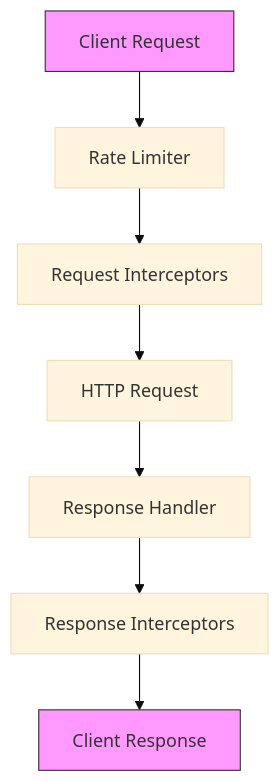
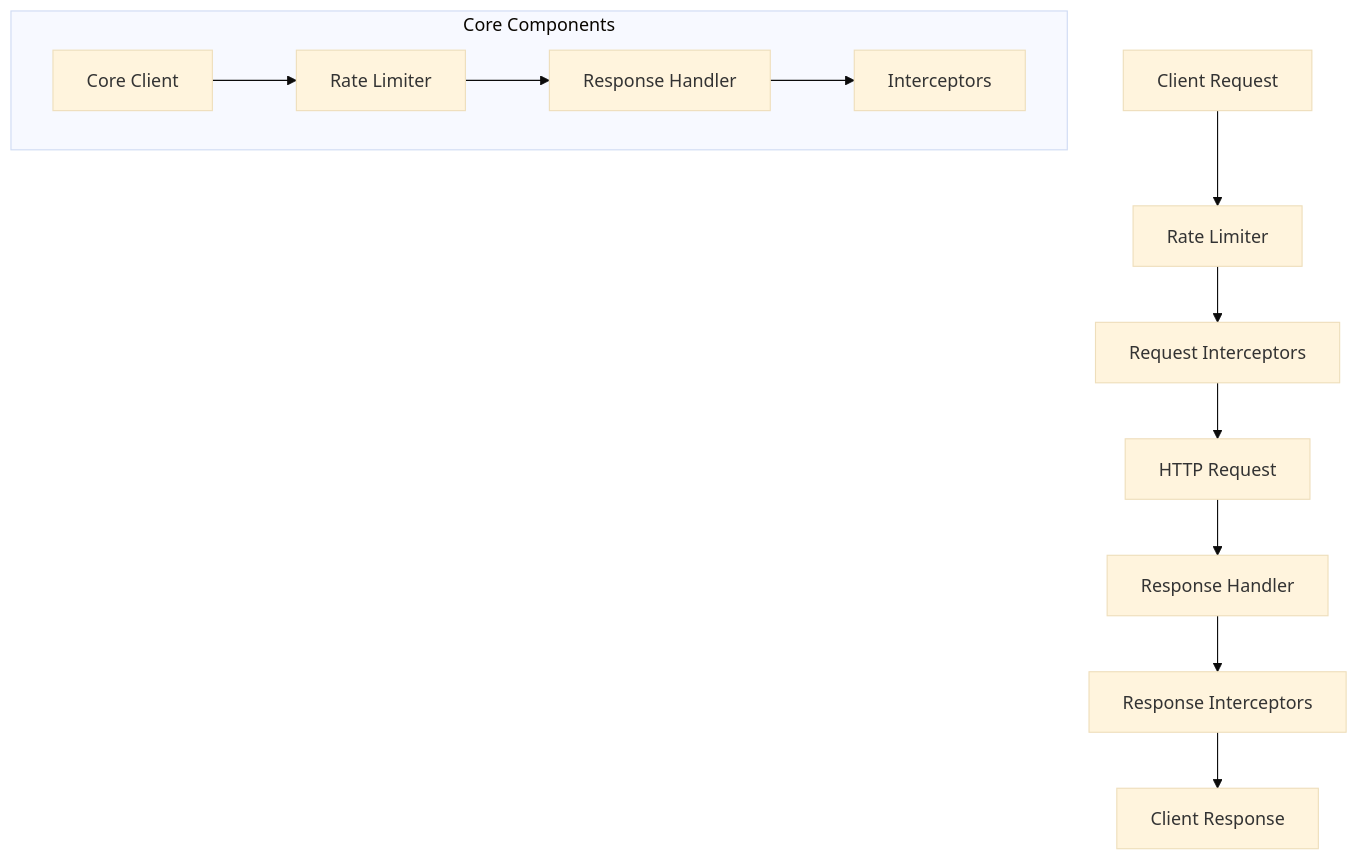
One commit to tonglam/letletme_data changed the first of 5 diagrams in documentation/design/HTTP_Client_Design.md. Above: the diagram before and after it, drawn with Mermaid (base theme). The commit also changed other lines of this file and 15 other files, not shown here.

````diff
--- a/documentation/design/HTTP_Client_Design.md
+++ b/documentation/design/HTTP_Client_Design.md
@@ -9,12 +28,20 @@
 ```mermaid
 graph TD
     A[Client Request] --> B[Rate Limiter]
     B --> C[Request Interceptors]
     C --> D[HTTP Request]
     D --> E[Response Handler]
     E --> F[Response Interceptors]
     F --> G[Client Response]
 
-    style A fill:#f9f,stroke:#333
-    style G fill:#f9f,stroke:#333
+    subgraph Core Components
+        H[Core Client]
+        I[Rate Limiter]
+        J[Response Handler]
+        K[Interceptors]
+
+        H --> I
+        I --> J
+        J --> K
+    end
 ```
````
